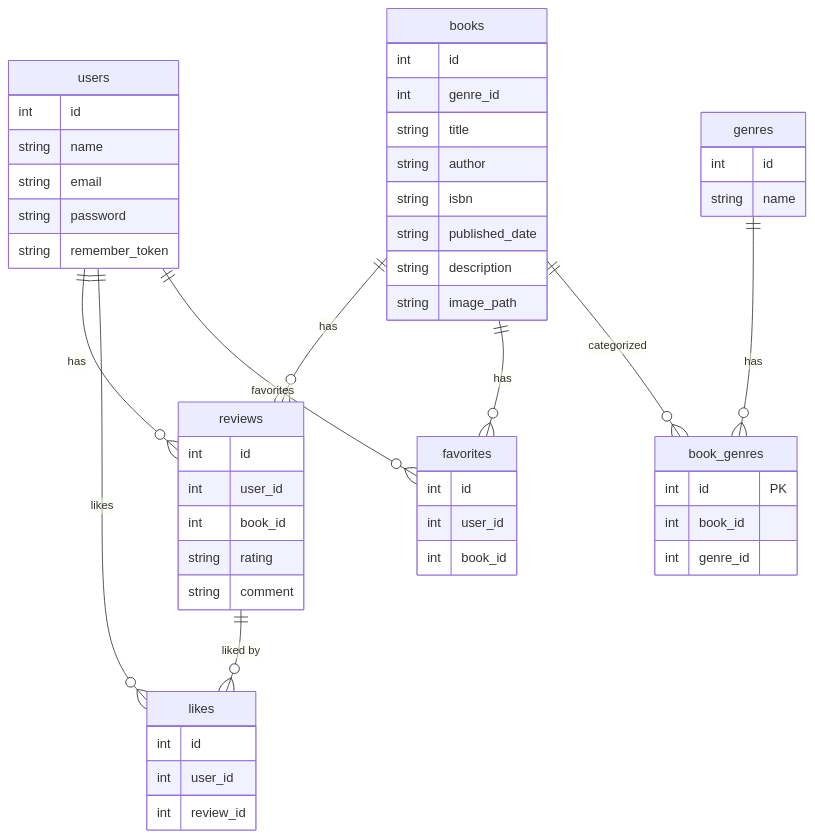
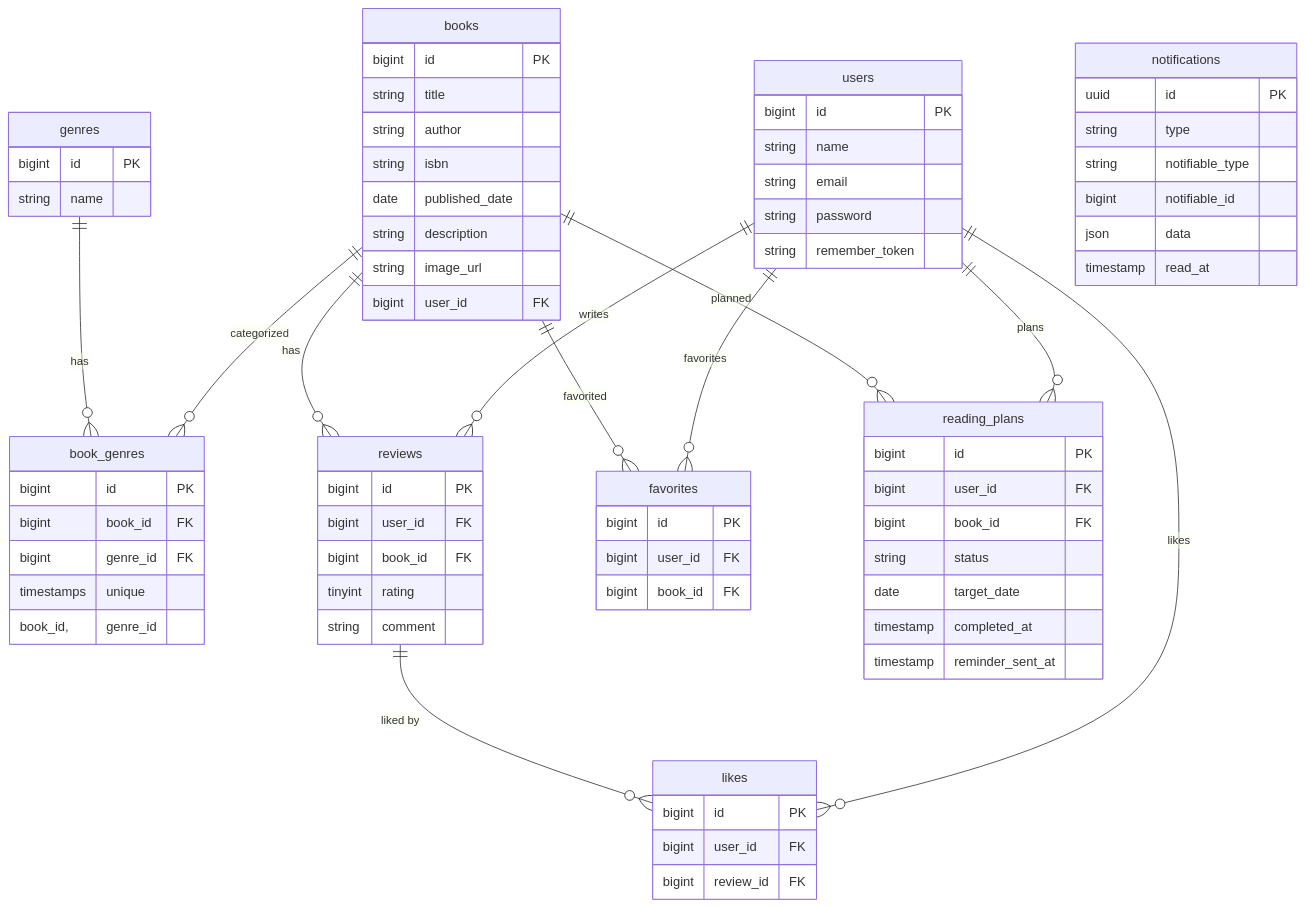
Before and after one commit to Denchan55/Bookshelf-v2: the diagram in README.md, drawn with Mermaid. The commit also changed other lines of this file and 163 other files, not shown here.

````diff
--- a/README.md
+++ b/README.md
@@ -20,7 +36,8 @@
 ```mermaid
 erDiagram
+
   users {
-    int id
+    bigint id PK
     string name
     string email
     string password
@@ -28,56 +45,80 @@
   }
 
   books {
-    int id
-    int genre_id
+    bigint id PK
     string title
     string author
     string isbn
-    string published_date
+    date published_date
     string description
-    string image_path
+    string image_url
+    bigint user_id FK
+  }
+
+  genres {
+    bigint id PK
+    string name
+  }
+
+  book_genres {
+    bigint id PK
+    bigint book_id FK
+    bigint genre_id FK
+    timestamps
+    unique book_id, genre_id
   }
 
   reviews {
-    int id
-    int user_id
-    int book_id
-    string rating
+    bigint id PK
+    bigint user_id FK
+    bigint book_id FK
+    tinyint rating
     string comment
   }
 
   likes {
-    int id
-    int user_id
-    int review_id
+    bigint id PK
+    bigint user_id FK
+    bigint review_id FK
   }
 
-  favorites{
-    int id
-    int user_id
-    int book_id
+  favorites {
+    bigint id PK
+    bigint user_id FK
+    bigint book_id FK
   }
 
-  genres{
-    int id
-    string name
+  reading_plans {
+    bigint id PK
+    bigint user_id FK
+    bigint book_id FK
+    string status
+    date target_date
+    timestamp completed_at
+    timestamp reminder_sent_at
   }
 
-  book_genres {
-    int id PK
-    int book_id
-    int genre_id
+  notifications {
+    uuid id PK
+    string type
+    string notifiable_type
+    bigint notifiable_id
+    json data
+    timestamp read_at
   }
 
-    users ||--o{ reviews : "has"
-    users ||--o{ likes : "likes"
-    users ||--o{ favorites : "favorites"
+  users ||--o{ reviews : "writes"
+  users ||--o{ likes : "likes"
+  users ||--o{ favorites : "favorites"
+  users ||--o{ reading_plans : "plans"
 
-    books ||--o{ reviews : "has"
-    books ||--o{ favorites : "has"
-    books ||--o{ book_genres : "categorized"
+  books ||--o{ reviews : "has"
+  books ||--o{ favorites : "favorited"
+  books ||--o{ book_genres : "categorized"
+  books ||--o{ reading_plans : "planned"
 
-    reviews ||--o{ likes : "liked by"
+  reviews ||--o{ likes : "liked by"
 
-    genres ||--o{ book_genres : "has"
+  genres ||--o{ book_genres : "has"
+
 ```
````
